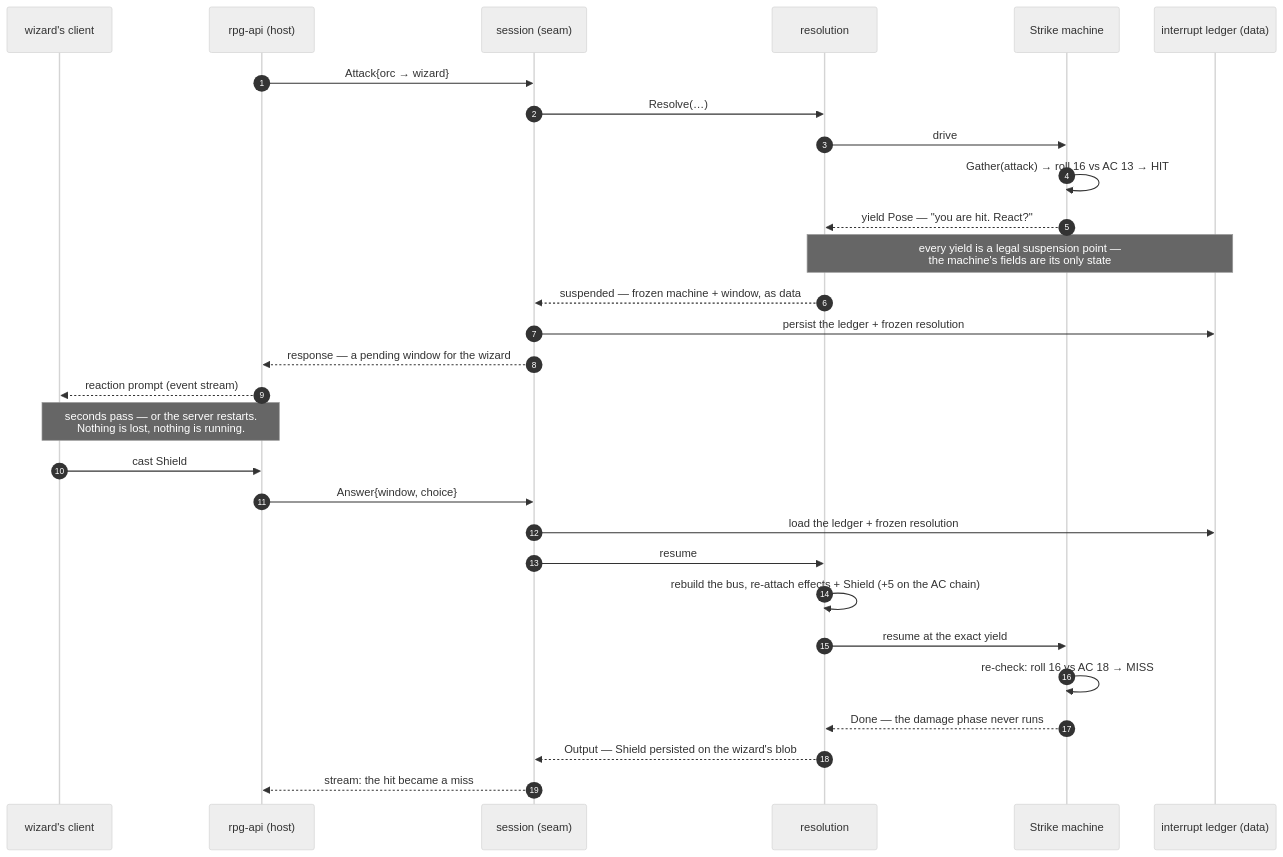
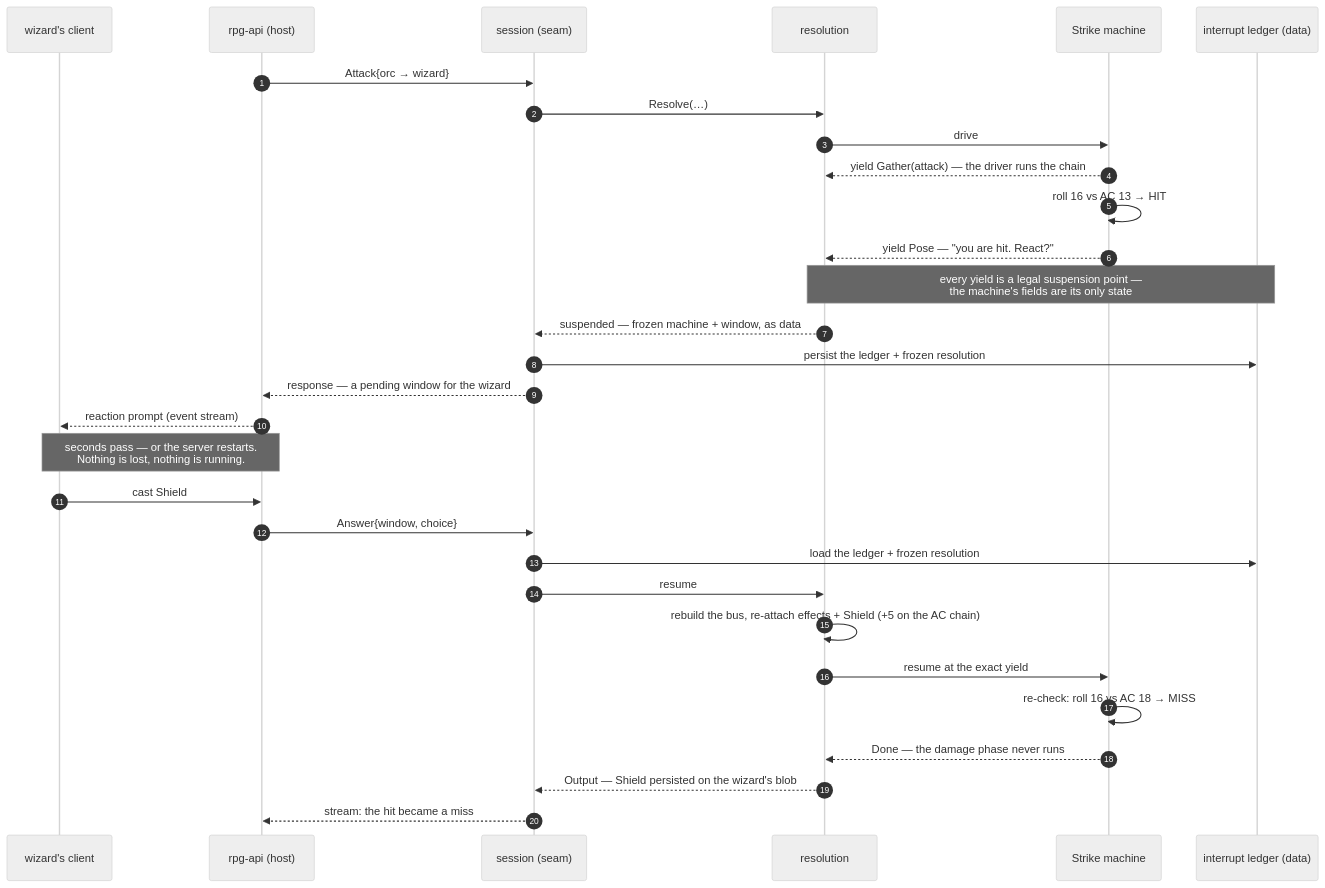
One commit to KirkDiggler/rpg-toolkit changed the second of 2 diagrams in docs/architecture/how-it-plays.md. Above: the diagram before and after it, drawn with Mermaid (neutral theme). The commit also changed other lines of this file, not shown here.

First line of the commit message:
docs: UC-2's opening phase yields Gather like UC-1 (Copilot catch)

````diff
--- a/docs/architecture/how-it-plays.md
+++ b/docs/architecture/how-it-plays.md
@@ -91,32 +91,33 @@
 ```mermaid
 sequenceDiagram
     autonumber
     participant W as wizard's client
     participant API as rpg-api (host)
     participant S as session (seam)
     participant R as resolution
     participant M as Strike machine
     participant L as interrupt ledger (data)
 
     API->>S: Attack{orc → wizard}
     S->>R: Resolve(…)
     R->>M: drive
-    M->>M: Gather(attack) → roll 16 vs AC 13 → HIT
+    M-->>R: yield Gather(attack) — the driver runs the chain
+    M->>M: roll 16 vs AC 13 → HIT
     M-->>R: yield Pose — "you are hit. React?"
     Note over R,L: every yield is a legal suspension point —<br/>the machine's fields are its only state
     R-->>S: suspended — frozen machine + window, as data
     S->>L: persist the ledger + frozen resolution
     S-->>API: response — a pending window for the wizard
     API-->>W: reaction prompt (event stream)
     Note over W,API: seconds pass — or the server restarts.<br/>Nothing is lost, nothing is running.
     W->>API: cast Shield
     API->>S: Answer{window, choice}
     S->>L: load the ledger + frozen resolution
     S->>R: resume
     R->>R: rebuild the bus, re-attach effects + Shield (+5 on the AC chain)
     R->>M: resume at the exact yield
     M->>M: re-check: roll 16 vs AC 18 → MISS
     M-->>R: Done — the damage phase never runs
     R-->>S: Output — Shield persisted on the wizard's blob
     S-->>API: stream: the hit became a miss
 ```
````
